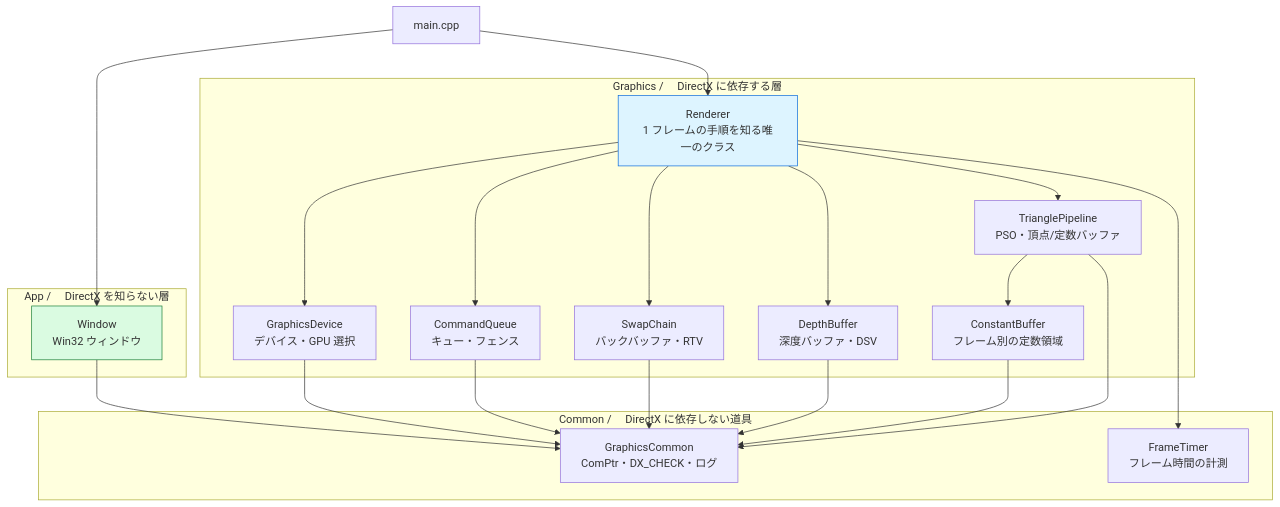
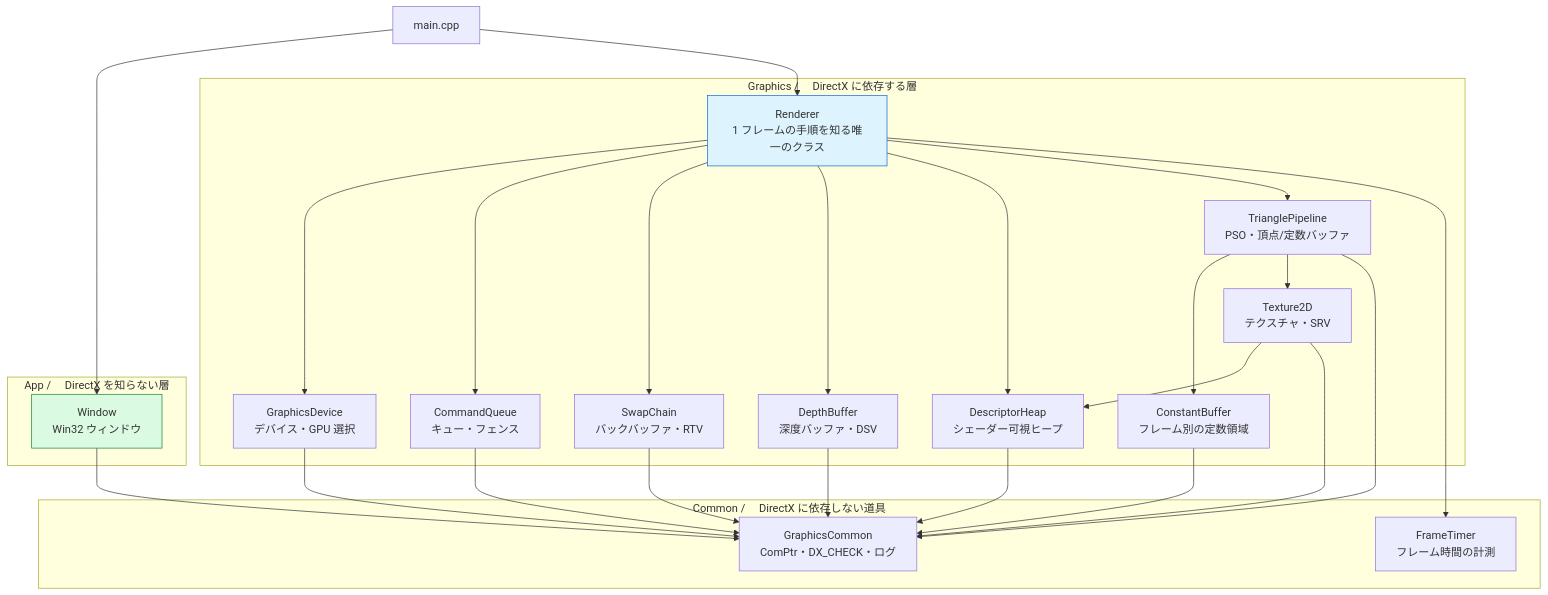
The diagram in docs/architecture/04_クラス設計.md (Tomonorarari-Think/DirectX12Dev), drawn with Mermaid before and after one commit. The commit also changed other lines of this file and 17 other files, not shown here.

````diff
--- a/docs/architecture/04_クラス設計.md
+++ b/docs/architecture/04_クラス設計.md
@@ -33,45 +35,52 @@
 ```mermaid
 flowchart TD
     Main["main.cpp"]
 
     subgraph APP["App / 　DirectX を知らない層"]
         Window["Window<br/>Win32 ウィンドウ"]
     end
 
     subgraph GFX["Graphics / 　DirectX に依存する層"]
         Renderer["Renderer<br/>1 フレームの手順を知る唯一のクラス"]
         Device["GraphicsDevice<br/>デバイス・GPU 選択"]
         Queue["CommandQueue<br/>キュー・フェンス"]
         Swap["SwapChain<br/>バックバッファ・RTV"]
         Depth["DepthBuffer<br/>深度バッファ・DSV"]
+        Heap["DescriptorHeap<br/>シェーダー可視ヒープ"]
+        Tex["Texture2D<br/>テクスチャ・SRV"]
         Pipe["TrianglePipeline<br/>PSO・頂点/定数バッファ"]
         CB["ConstantBuffer<br/>フレーム別の定数領域"]
     end
 
     subgraph COM["Common / 　DirectX に依存しない道具"]
         GC["GraphicsCommon<br/>ComPtr・DX_CHECK・ログ"]
         FT["FrameTimer<br/>フレーム時間の計測"]
     end
 
     Main --> Window
     Main --> Renderer
 
     Renderer --> Device
     Renderer --> Queue
     Renderer --> Swap
     Renderer --> Depth
+    Renderer --> Heap
     Renderer --> Pipe
     Renderer --> FT
     Pipe --> CB
+    Pipe --> Tex
+    Tex --> Heap
 
     Device --> GC
     Queue --> GC
     Swap --> GC
     Depth --> GC
     Pipe --> GC
     CB --> GC
+    Heap --> GC
+    Tex --> GC
     Window --> GC
 
     style Renderer fill:#ddf4ff,stroke:#0969da
     style Window fill:#dafbe1,stroke:#1a7f37
 ```
````
